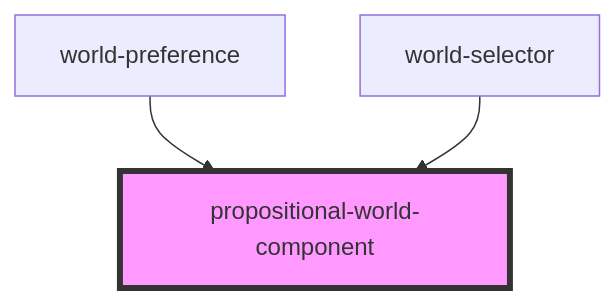
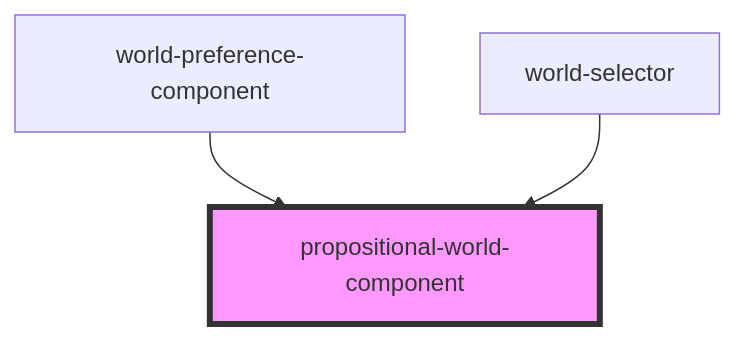
Before and after one commit to rhazn/logic-components: the diagram in src/components/propositional-world-component/readme.md, drawn with Mermaid. The commit also changed other lines of this file and 11 other files, not shown here.

````diff
--- a/src/components/propositional-world-component/readme.md
+++ b/src/components/propositional-world-component/readme.md
@@ -24,6 +23,6 @@
 ```mermaid
 graph TD;
-  world-preference --> propositional-world-component
+  world-preference-component --> propositional-world-component
   world-selector --> propositional-world-component
   style propositional-world-component fill:#f9f,stroke:#333,stroke-width:4px
 ```
````
